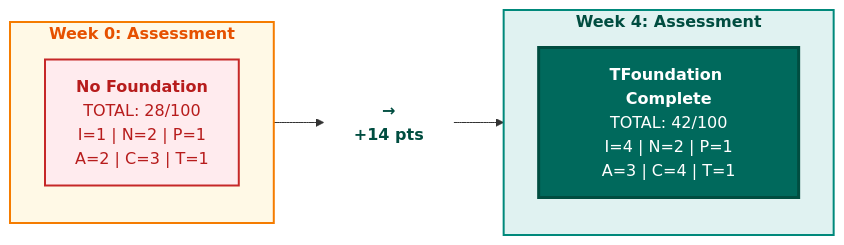
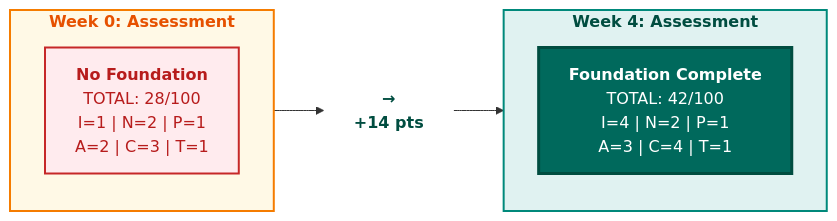
Before and after one commit to colaberry/trust-before-intelligence-book: the tenth of 11 diagrams in manuscript/05_chapter_4_foundation_layers_v4_1.md, drawn with Mermaid. The commit also changed other lines of this file, not shown here.

First line of the commit message:
Fixing diagram 9 readability

````diff
--- a/manuscript/05_chapter_4_foundation_layers_v4_1.md
+++ b/manuscript/05_chapter_4_foundation_layers_v4_1.md
@@ -1051,20 +1051,20 @@
 ```mermaid
 graph LR
     subgraph week0["<b>Week 0: Assessment</b>"]
         W0["<b>No Foundation</b><br/>TOTAL: 28/100</b><br/>I=1 | N=2 | P=1<br/>A=2 | C=3 | T=1"]
     end
     
     ARROW["<b>→</b><br/><b>+14 pts</b>"]
     
     subgraph week4["<b>Week 4: Assessment</b>"]
-        W4["<b>TFoundation Complete</b><br/>TOTAL: 42/100</b><br/>I=4 | N=2 | P=1<br/>A=3 | C=4 | T=1"]
+        W4["<b>Foundation Complete</b><br/>TOTAL: 42/100</b><br/>I=4 | N=2 | P=1<br/>A=3 | C=4 | T=1"]
     end
     
     week0 --> ARROW --> week4
     
     style week0 fill:#fff9e6,stroke:#f57c00,stroke-width:2px,color:#e65100
     style W0 fill:#ffebee,stroke:#c62828,stroke-width:2px,color:#b71c1c
     style ARROW fill:#ffffff,stroke:none,color:#004d40
     style week4 fill:#e0f2f1,stroke:#00897b,stroke-width:2px,color:#004d40
     style W4 fill:#00695c,color:#ffffff,stroke:#004d40,stroke-width:3px
 ```
````
